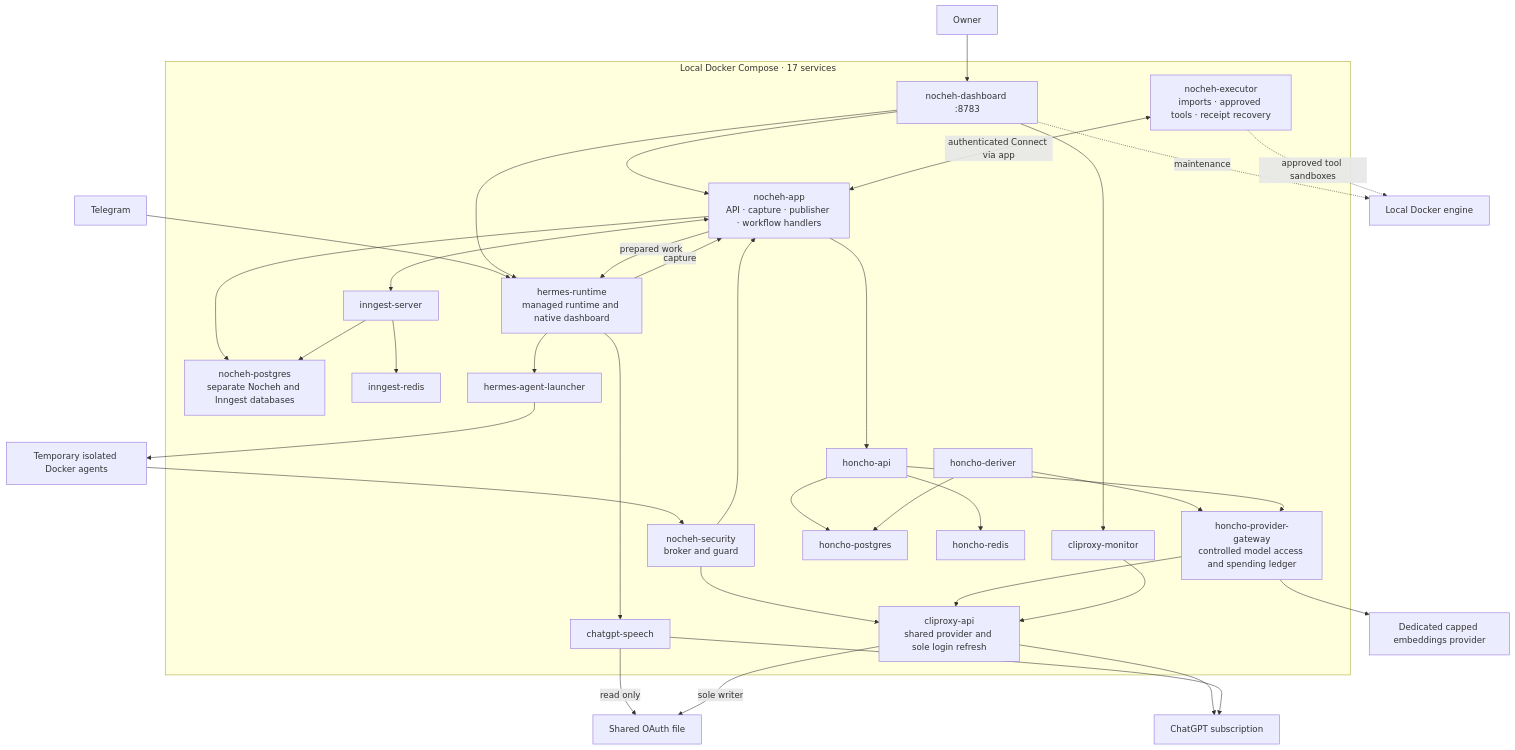
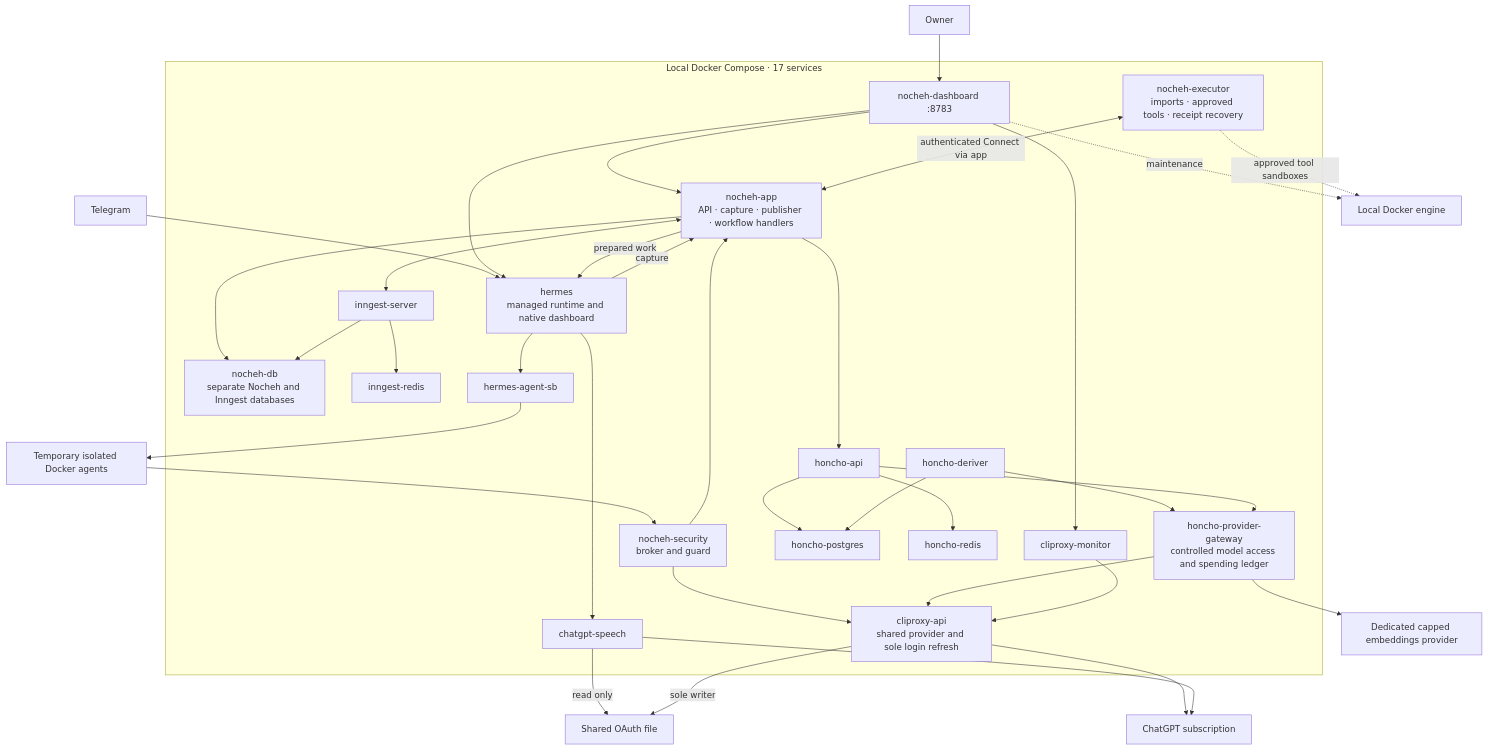
One commit to devbymak/nocheh changed the diagram in docs/services.md. Above: the diagram before and after it, drawn with Mermaid. The commit also changed other lines of this file and 56 other files, not shown here.

````diff
--- a/docs/services.md
+++ b/docs/services.md
@@ -48,55 +48,55 @@
 ```mermaid
 flowchart TB
     Owner[Owner] --> Dashboard
     Telegram[Telegram] --> Hermes
     subgraph Docker["Local Docker Compose · 17 services"]
         Dashboard["nocheh-dashboard :8783"]
         Executor["nocheh-executor<br/>imports · approved tools · receipt recovery"]
         App["nocheh-app<br/>API · capture · publisher · workflow handlers"]
-        PG["nocheh-postgres<br/>separate Nocheh and Inngest databases"]
+        PG["nocheh-db<br/>separate Nocheh and Inngest databases"]
         Engine[inngest-server]
         Queue[inngest-redis]
-        Hermes["hermes-runtime<br/>managed runtime and native dashboard"]
-        Launcher[hermes-agent-launcher]
+        Hermes["hermes<br/>managed runtime and native dashboard"]
+        Launcher[hermes-agent-sb]
         Security["nocheh-security<br/>broker and guard"]
         Speech[chatgpt-speech]
         Provider["cliproxy-api<br/>shared provider and sole login refresh"]
         Monitor[cliproxy-monitor]
         Memory[honcho-api]
         Deriver[honcho-deriver]
         MemoryDB[honcho-postgres]
         Cache[honcho-redis]
         Gateway["honcho-provider-gateway<br/>controlled model access and spending ledger"]
     end
     Dashboard --> App
     Dashboard --> Hermes
     Dashboard --> Monitor
     Dashboard -.->|maintenance| DockerAPI[Local Docker engine]
     Executor -.->|approved tool sandboxes| DockerAPI
     Executor <-->|authenticated Connect via app| App
     Hermes -->|capture| App
     App --> PG
     App <--> Engine
     Engine --> PG
     Engine --> Queue
     App -->|prepared work| Hermes
     Hermes --> Launcher
     Launcher --> Agents[Temporary isolated Docker agents]
     Agents --> Security
     Security --> App
     Security --> Provider
     Hermes --> Speech
     Speech -->|read only| Login[Shared OAuth file]
     Provider -->|sole writer| Login
     Provider --> Subscription[ChatGPT subscription]
     Speech --> Subscription
     App --> Memory
     Memory --> MemoryDB
     Deriver --> MemoryDB
     Memory --> Cache
     Deriver --> Gateway
     Memory --> Gateway
     Gateway --> Provider
     Gateway --> Embeddings[Dedicated capped embeddings provider]
     Monitor --> Provider
 ```
````
